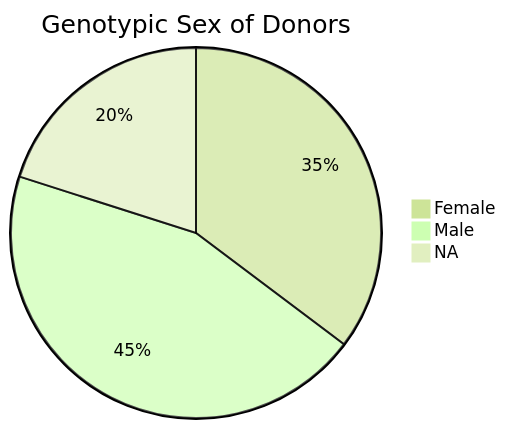
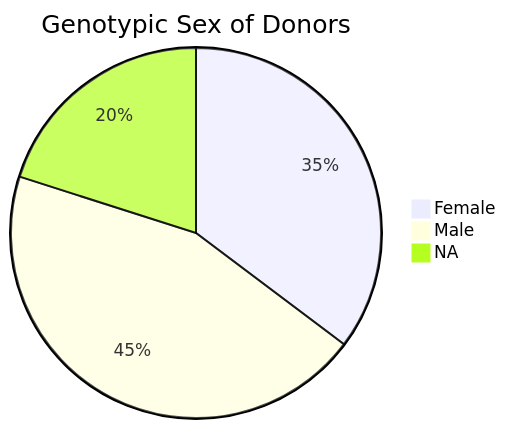
Before and after one commit to progenetix/cancercelllines-web: the diagram in docs/index.md, drawn with Mermaid.

````diff
--- a/docs/index.md
+++ b/docs/index.md
@@ -16,9 +16,9 @@
 ```mermaid
-%%{init: {'theme':'forest'}}%%
+%%{init: {'pie1':'#E0BBE4','pie2':'#957DAD','pie3':'#D291BC'}}%%
 pie title Genotypic Sex of Donors
   "Female" : 1486
   "Male" : 1882
   "NA" : 846
 
 
 ```
````
